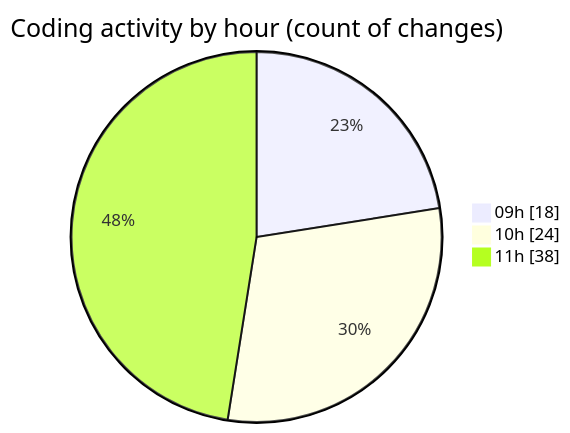
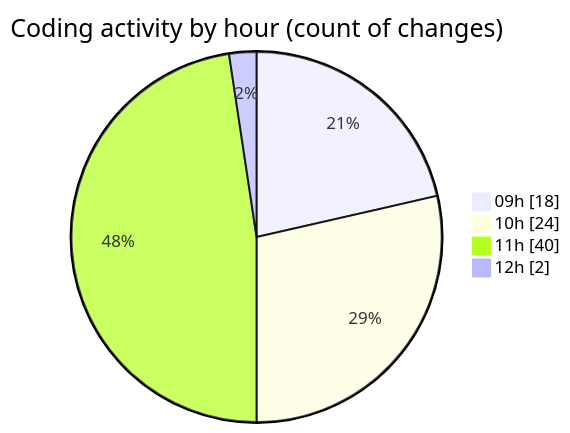
Before and after one commit to momahboobian/code-tracking: the second of 2 diagrams in 2025-09-16/cda/README.md, drawn with Mermaid. The commit also changed other lines of this file and 1 other file, not shown here.

````diff
--- a/2025-09-16/cda/README.md
+++ b/2025-09-16/cda/README.md
@@ -35,7 +35,8 @@
 ```mermaid
 pie showData
 title Coding activity by hour (count of changes)
 "09h" : 18
 "10h" : 24
-"11h" : 38
+"11h" : 40
+"12h" : 2
 ```
````
